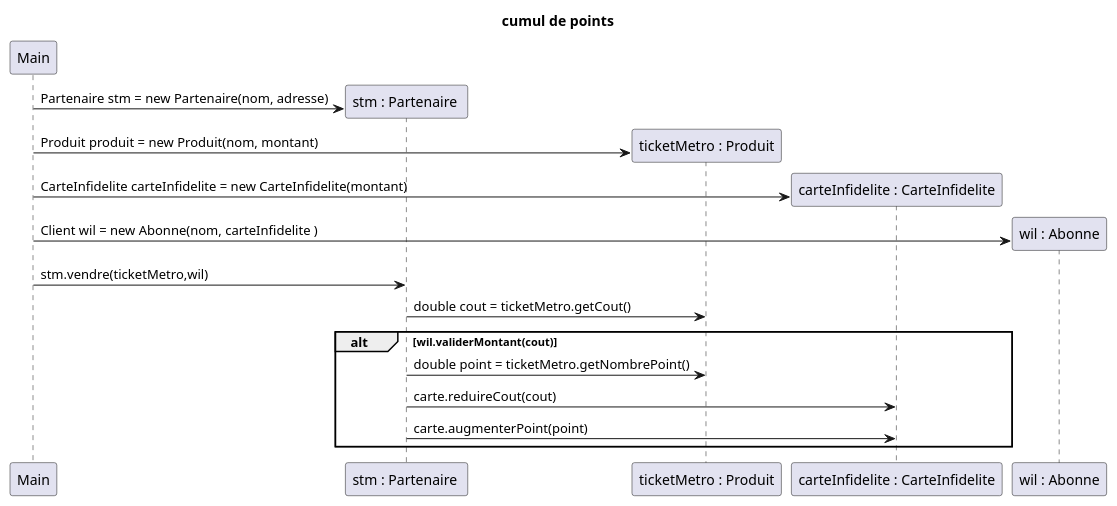
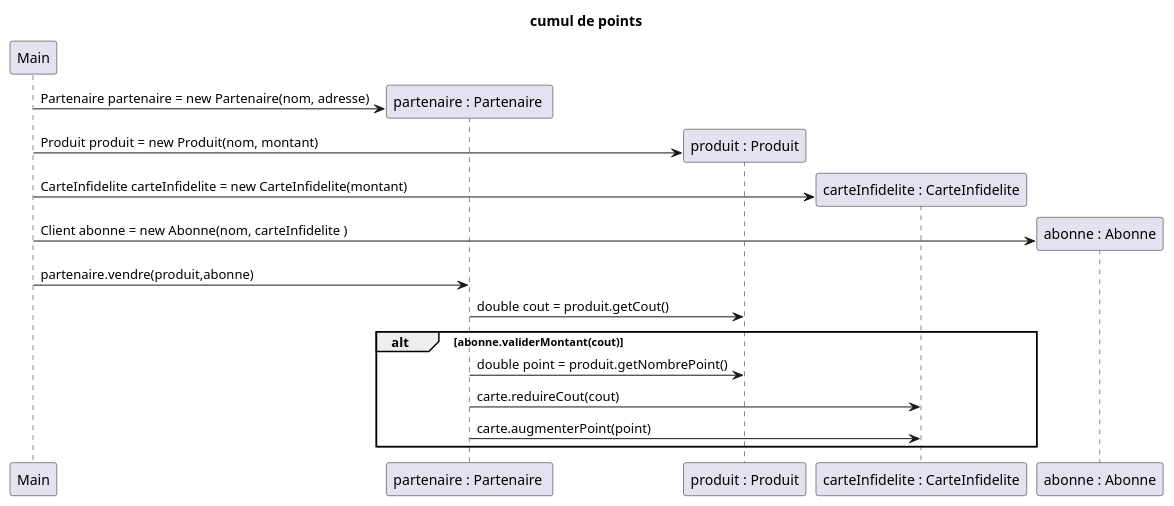
One commit to ZeroAbsolue/infidelite changed the first of 5 diagrams in Sequence.puml. Above: the diagram before and after it, drawn with PlantUML. The commit also changed 1 other file, not shown here.

Commit message:
Mise a diagrame

```diff
--- a/Sequence.puml
+++ b/Sequence.puml
@@ -1,19 +1,19 @@
 @startuml
 title cumul de points
 participant Main
-participant "stm : Partenaire " as Partenaire
-participant "ticketMetro : Produit" as Produit
+participant "partenaire : Partenaire " as Partenaire
+participant "produit : Produit" as Produit
 participant "carteInfidelite : CarteInfidelite" as Carte
-participant  "wil : Abonne" as Abonne
-Main -> Partenaire ** : Partenaire stm = new Partenaire(nom, adresse)
+participant  "abonne : Abonne" as Abonne
+Main -> Partenaire ** : Partenaire partenaire = new Partenaire(nom, adresse)
 Main -> Produit ** : Produit produit = new Produit(nom, montant)
 Main -> Carte ** : CarteInfidelite carteInfidelite = new CarteInfidelite(montant)
-Main -> Abonne ** : Client wil = new Abonne(nom, carteInfidelite )
-Main->Partenaire  : stm.vendre(ticketMetro,wil)
-Partenaire->Produit : double cout = ticketMetro.getCout()
-alt wil.validerMontant(cout)
-    Partenaire->Produit : double point = ticketMetro.getNombrePoint()
+Main -> Abonne ** : Client abonne = new Abonne(nom, carteInfidelite )
+Main->Partenaire  : partenaire.vendre(produit,abonne)
+Partenaire->Produit : double cout = produit.getCout()
+alt abonne.validerMontant(cout)
+    Partenaire->Produit : double point = produit.getNombrePoint()
     Partenaire->Carte : carte.reduireCout(cout)
     Partenaire->Carte : carte.augmenterPoint(point)
 end
 @enduml
```
